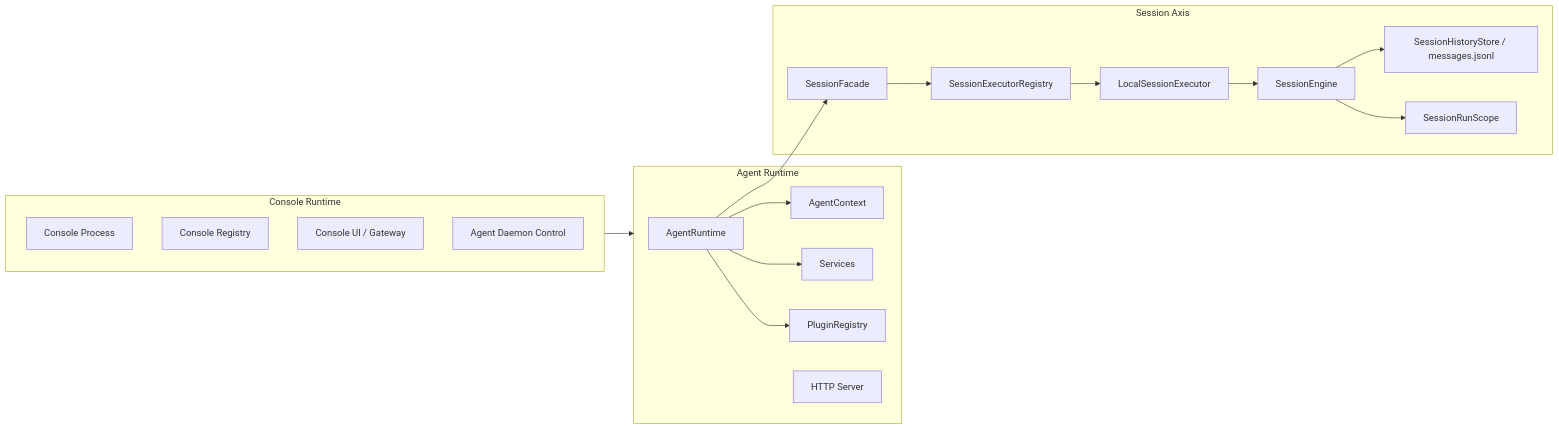
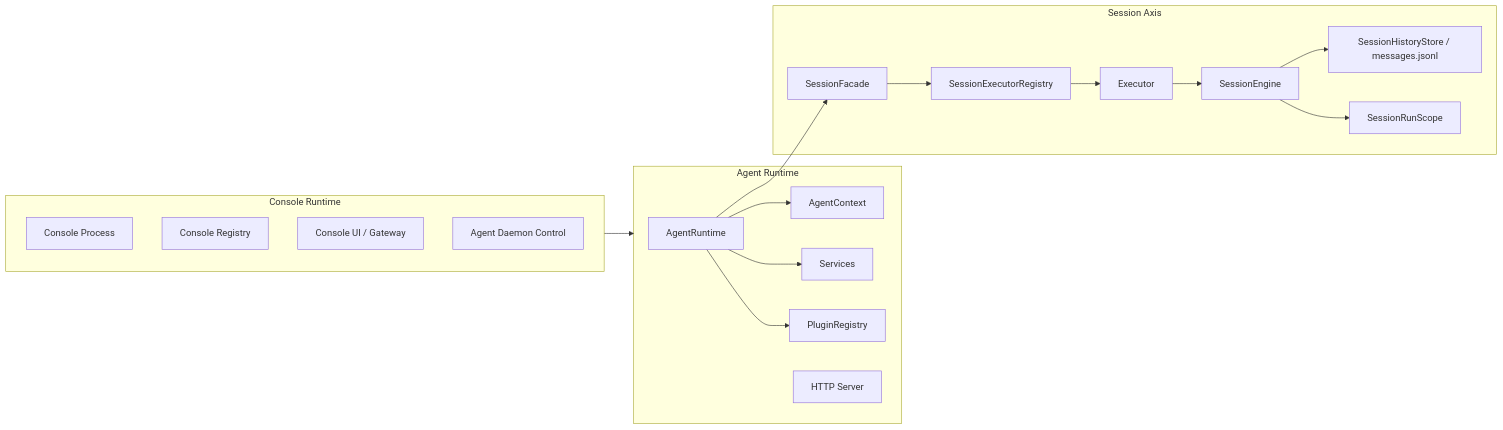
One commit to wangenius/downcity changed the first of 3 diagrams in homepage/content/devdocs/zh/session/console-and-session-runtime.mdx. Above: the diagram before and after it, drawn with Mermaid. The commit also changed other lines of this file and 42 other files, not shown here.

Commit message:
refactor(agent): simplify session execution architecture

````diff
--- a/homepage/content/devdocs/zh/session/console-and-session-runtime.mdx
+++ b/homepage/content/devdocs/zh/session/console-and-session-runtime.mdx
@@ -48,37 +48,37 @@
 ```mermaid
 flowchart LR
   subgraph Console["Console Runtime"]
     C1["Console Process"]
     C2["Console Registry"]
     C3["Console UI / Gateway"]
     C4["Agent Daemon Control"]
   end
 
   subgraph Agent["Agent Runtime"]
     A1["AgentRuntime"]
     A2["AgentContext"]
     A3["Services"]
     A4["PluginRegistry"]
     A5["HTTP Server"]
   end
 
   subgraph Session["Session Axis"]
     S1["SessionFacade"]
     S2["SessionExecutorRegistry"]
-    S3["LocalSessionExecutor"]
+    S3["Executor"]
     S4["SessionEngine"]
     S5["SessionHistoryStore / messages.jsonl"]
     S6["SessionRunScope"]
   end
 
   Console --> Agent
   A1 --> A2
   A1 --> A3
   A1 --> A4
   A1 --> S1
   S1 --> S2
   S2 --> S3
   S3 --> S4
   S4 --> S5
   S4 --> S6
 ```
````
